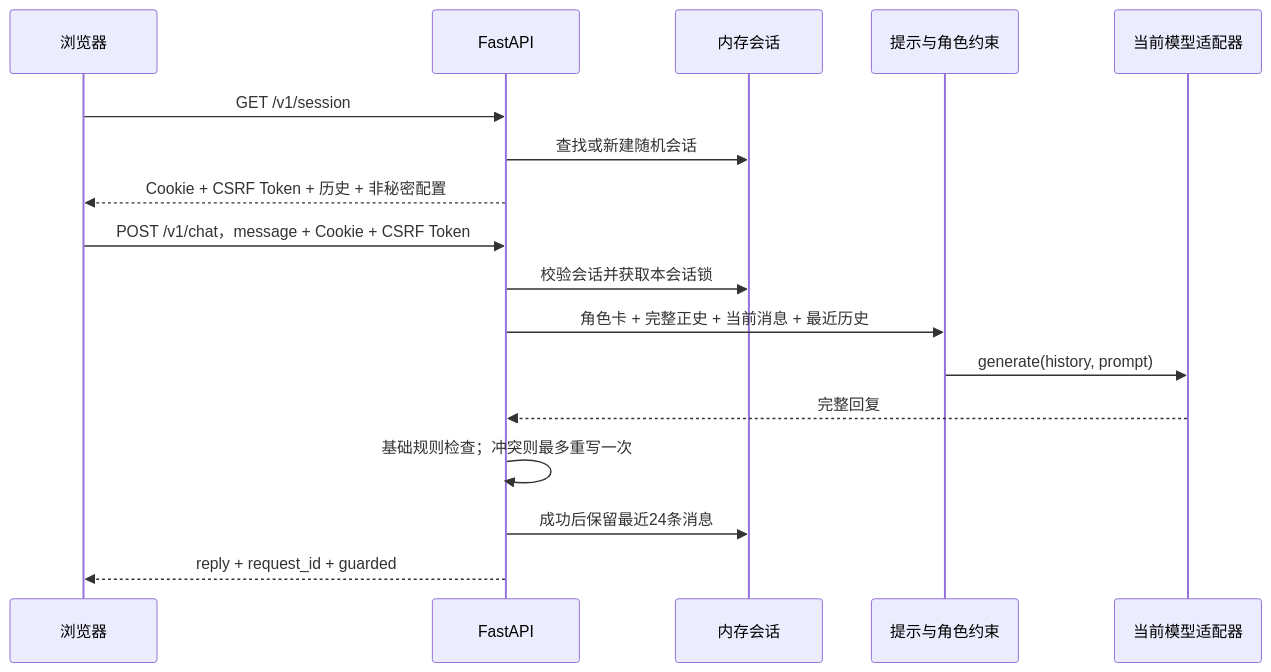
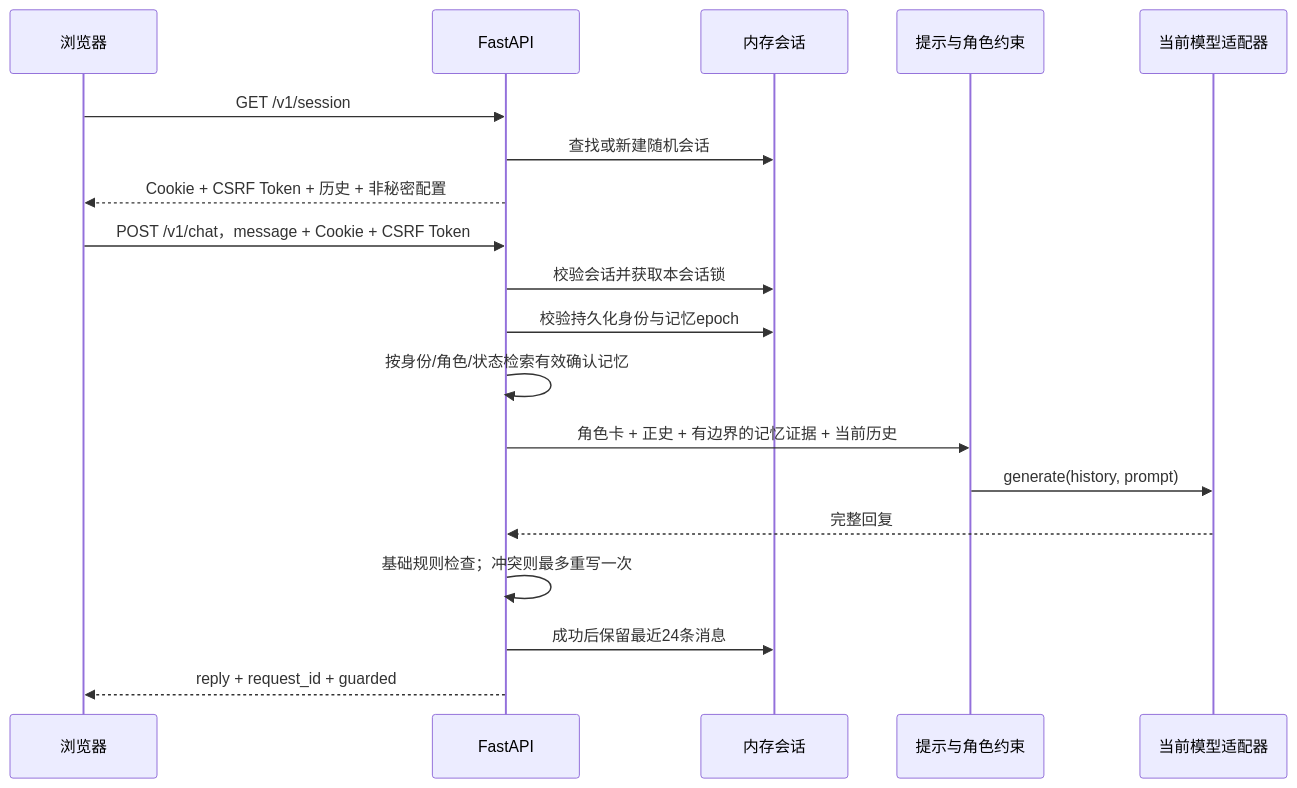
Before and after one commit to qiaoliamor/llm-rag: the second of 2 diagrams in docs/ARCHITECTURE.md, drawn with Mermaid. The commit also changed other lines of this file and 33 other files, not shown here.

````diff
--- a/docs/ARCHITECTURE.md
+++ b/docs/ARCHITECTURE.md
@@ -68,19 +75,21 @@
 ```mermaid
 sequenceDiagram
     participant B as 浏览器
     participant A as FastAPI
     participant S as 内存会话
     participant P as 提示与角色约束
     participant L as 当前模型适配器
     B->>A: GET /v1/session
     A->>S: 查找或新建随机会话
     A-->>B: Cookie + CSRF Token + 历史 + 非秘密配置
     B->>A: POST /v1/chat，message + Cookie + CSRF Token
     A->>S: 校验会话并获取本会话锁
-    A->>P: 角色卡 + 完整正史 + 当前消息 + 最近历史
+    A->>S: 校验持久化身份与记忆epoch
+    A->>A: 按身份/角色/状态检索有效确认记忆
+    A->>P: 角色卡 + 正史 + 有边界的记忆证据 + 当前历史
     P->>L: generate(history, prompt)
     L-->>A: 完整回复
     A->>A: 基础规则检查；冲突则最多重写一次
     A->>S: 成功后保留最近24条消息
     A-->>B: reply + request_id + guarded
 ```
````
